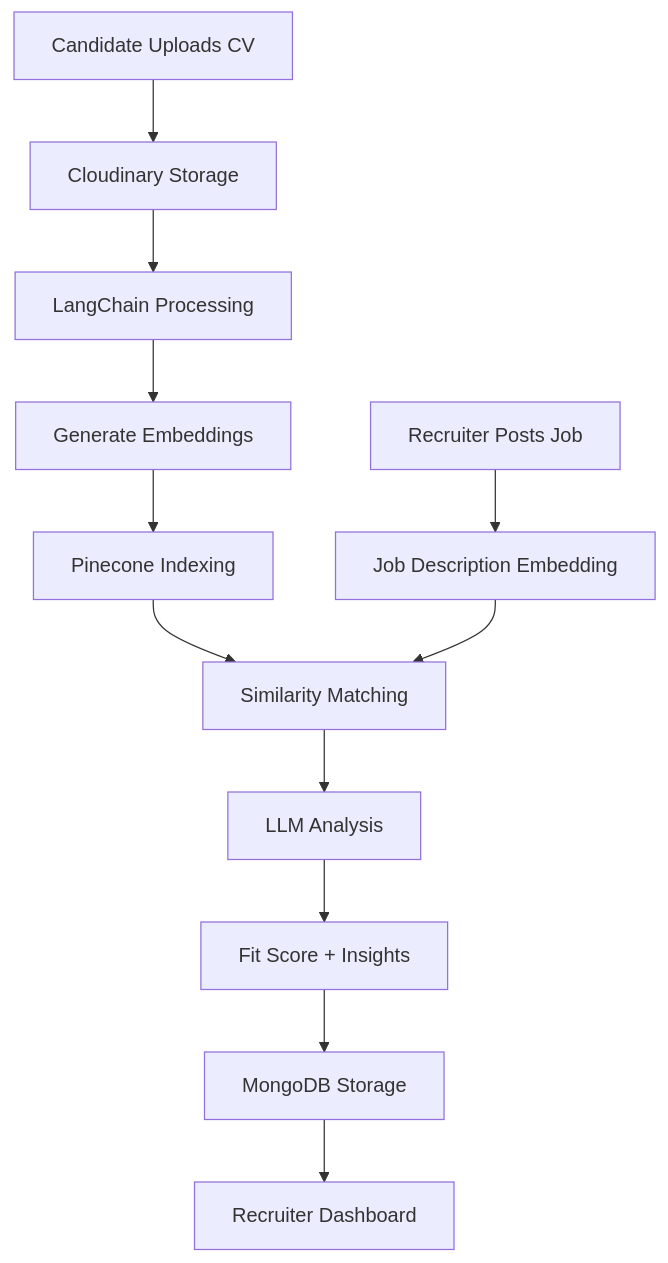
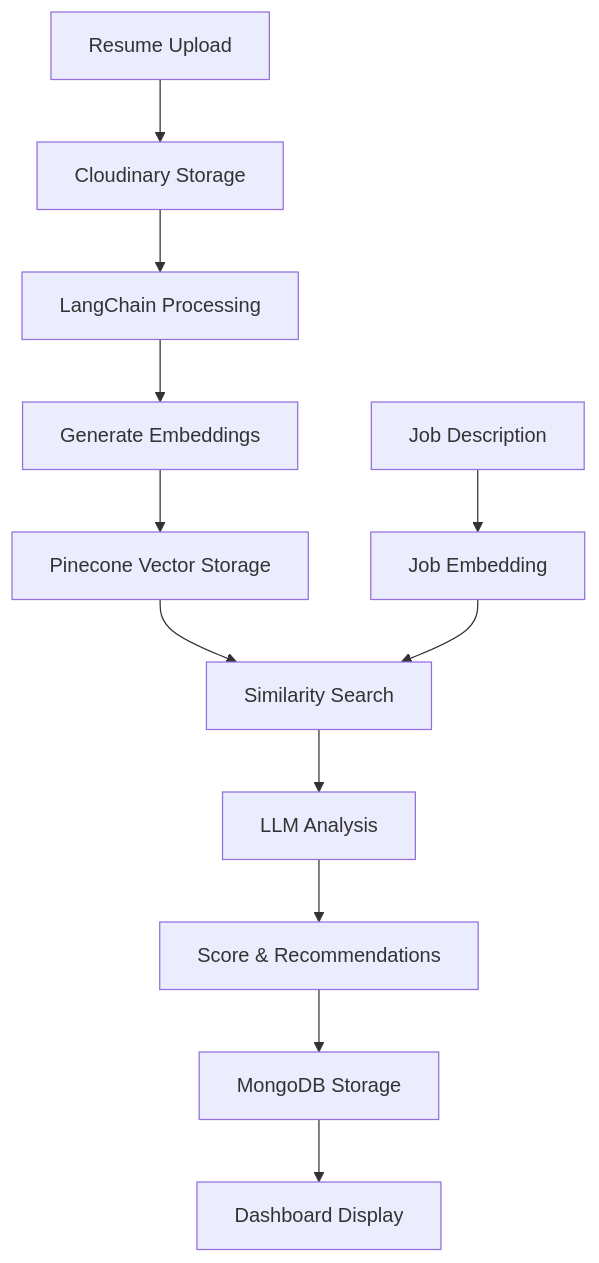
The diagram in README.md (sameeran4218/CVision), drawn with Mermaid before and after one commit. The commit also changed other lines of this file, not shown here.

````diff
--- a/README.md
+++ b/README.md
@@ -45,14 +42,14 @@
 ```mermaid
 graph TD
-    A[Candidate Uploads CV] --> B[Cloudinary Storage]
+    A[Resume Upload] --> B[Cloudinary Storage]
     B --> C[LangChain Processing]
     C --> D[Generate Embeddings]
-    D --> E[Pinecone Indexing]
-    F[Recruiter Posts Job] --> G[Job Description Embedding]
-    E --> H[Similarity Matching]
+    D --> E[Pinecone Vector Storage]
+    F[Job Description] --> G[Job Embedding]
+    E --> H[Similarity Search]
     G --> H
     H --> I[LLM Analysis]
-    I --> J[Fit Score + Insights]
+    I --> J[Score & Recommendations]
     J --> K[MongoDB Storage]
-    K --> L[Recruiter Dashboard]
+    K --> L[Dashboard Display]
 ```
````
